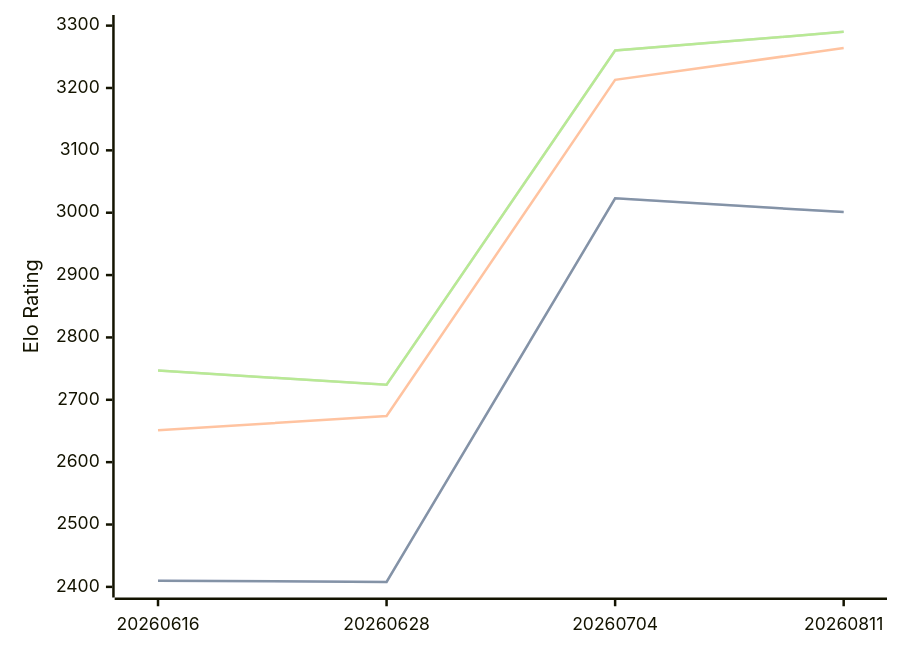
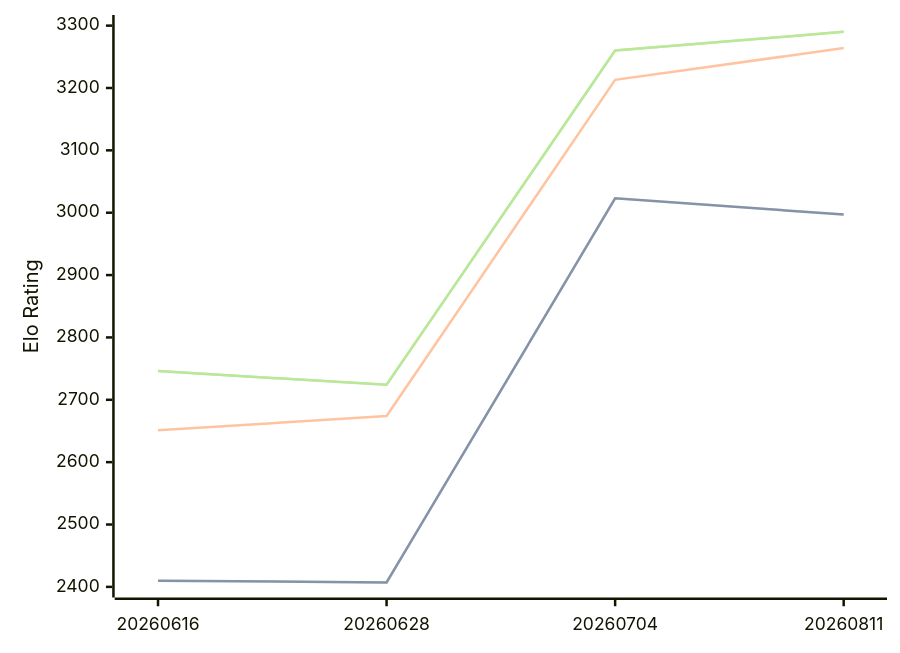
Before and after one commit to computer-chess-index/cci: the diagram in engines/Askaig.md, drawn with Mermaid. The commit also changed other lines of this file, not shown here.

Commit message:
Update CCI Ratings (ELO VLTC) - 2026-09-23

````diff
--- a/engines/Askaig.md
+++ b/engines/Askaig.md
@@ -36,11 +36,11 @@
 ```mermaid
 %%{init: {"theme":"base","themeVariables":{"seriesColors:['#a3a3a3','#222221','#faa371']}}}%%
 xychart-beta
   x-axis ["20260616", "20260628", "20260704", "20260811"]
   y-axis "Elo Rating" 2400 --> 3300
-  line "" [2410, 2408, 3023, 3001]
-  line "STC (8.0+0.08s)" [2410, 2408, 3023, 3001]
+  line "" [2410, 2407, 3023, 2997]
+  line "STC (8.0+0.08s)" [2410, 2407, 3023, 2997]
   line "LTC (60.0+0.60s)" [2651, 2674, 3213, 3264]
-  line "" [2747, 2724, 3260, 3290]
-  line "VLTC (2m24s+1.12s)" [2747, 2724, 3260, 3290]
+  line "" [2746, 2724, 3260, 3290]
+  line "VLTC (2m24s+1.12s)" [2746, 2724, 3260, 3290]
 ```
````
